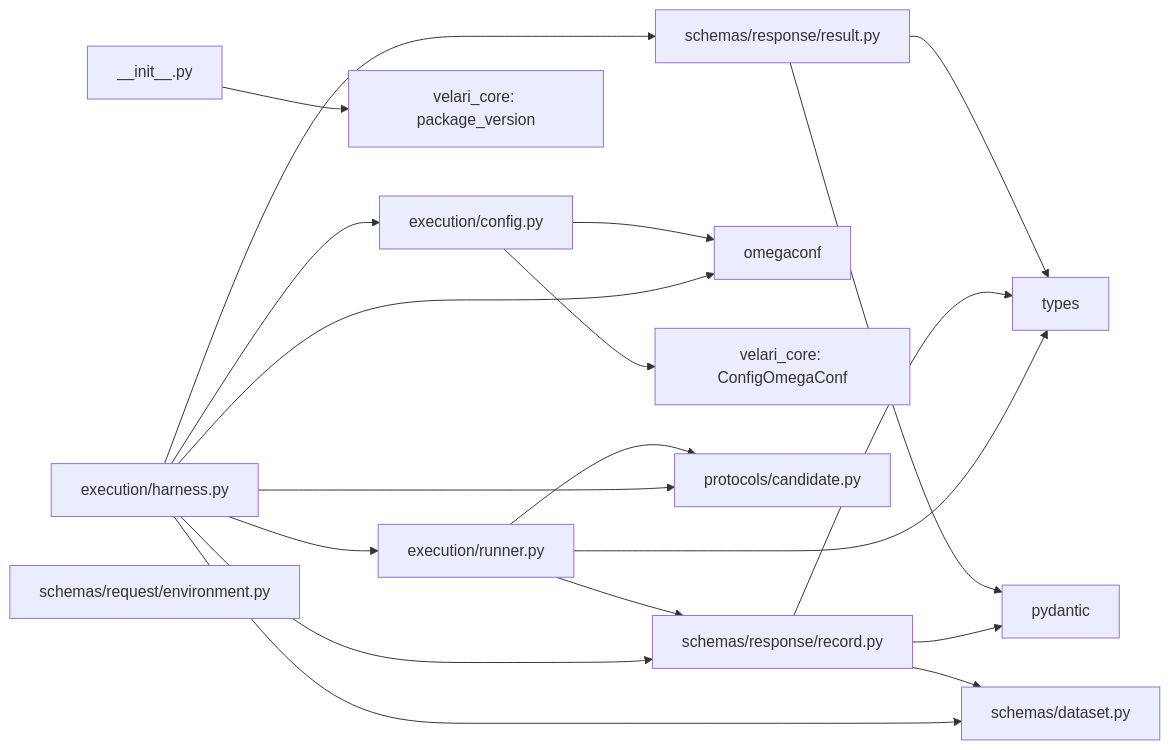
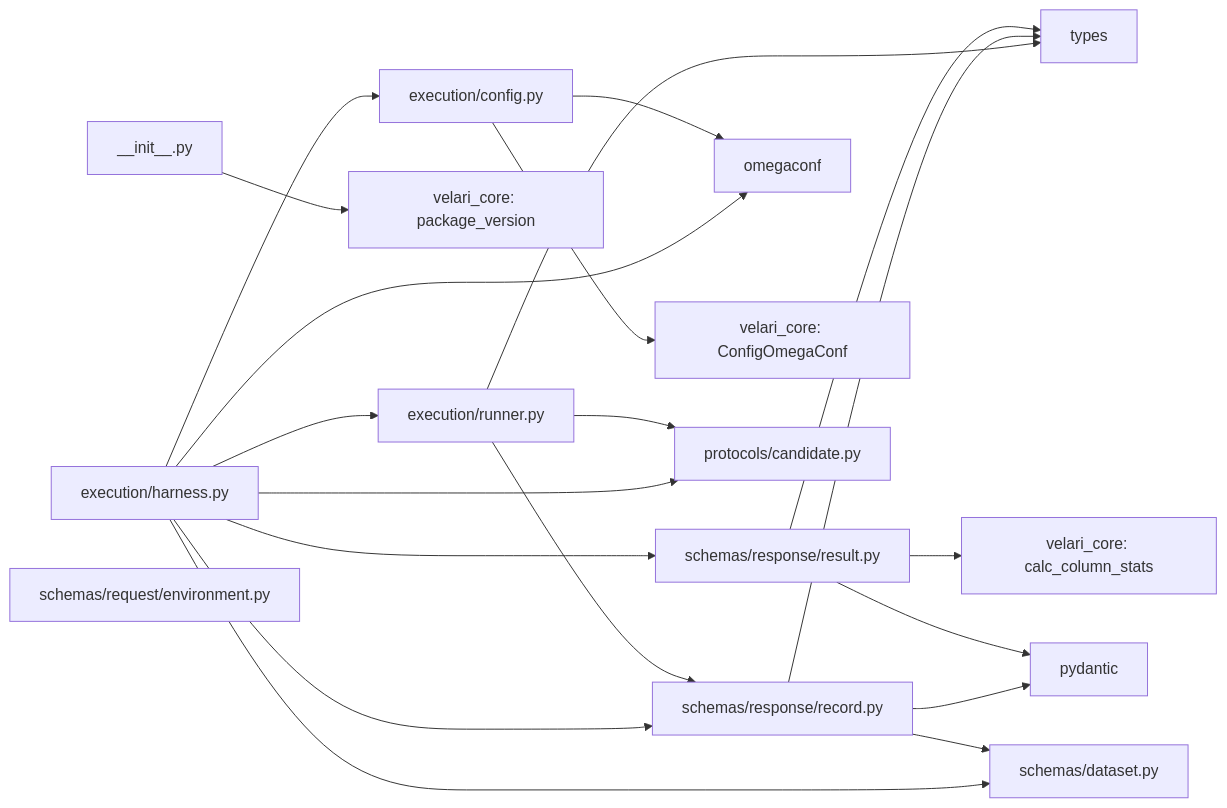
Before and after one commit to akamlani/velari-suite: the first of 2 diagrams in docs/packages/velari-harness/architecture/architecture.md, drawn with Mermaid. The commit also changed other lines of this file and 11 other files, not shown here.

First line of the commit message:
Add Result.summary and a shared calc_column_stats

````diff
--- a/docs/packages/velari-harness/architecture/architecture.md
+++ b/docs/packages/velari-harness/architecture/architecture.md
@@ -30,24 +30,25 @@
 ```mermaid
 graph LR
     harness["execution/harness.py"] --> config["execution/config.py"]
     harness --> result["schemas/response/result.py"]
     result --> types
+    result --> corestats["velari_core: calc_column_stats"]
     result --> pydantic["pydantic"]
     config --> omegaconf["omegaconf"]
     config --> core["velari_core: ConfigOmegaConf"]
     harness --> omegaconf
     init["__init__.py"] --> core2["velari_core: package_version"]
     candidate["protocols/candidate.py"]
     dataset["schemas/dataset.py"]
     environment["schemas/request/environment.py"]
     record["schemas/response/record.py"] --> types
     record --> dataset
     record --> pydantic
     runner["execution/runner.py"] --> candidate
     runner --> record
     runner --> types
     harness --> runner
     harness --> dataset
     harness --> candidate
     harness --> record
 ```
````
